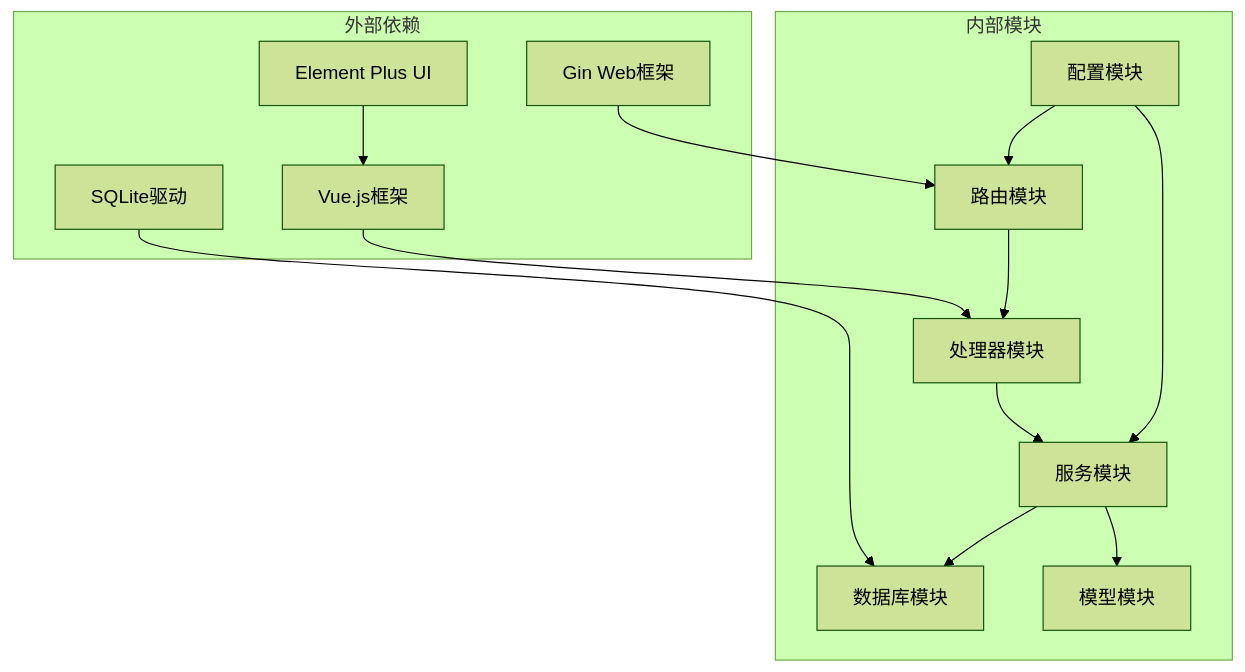
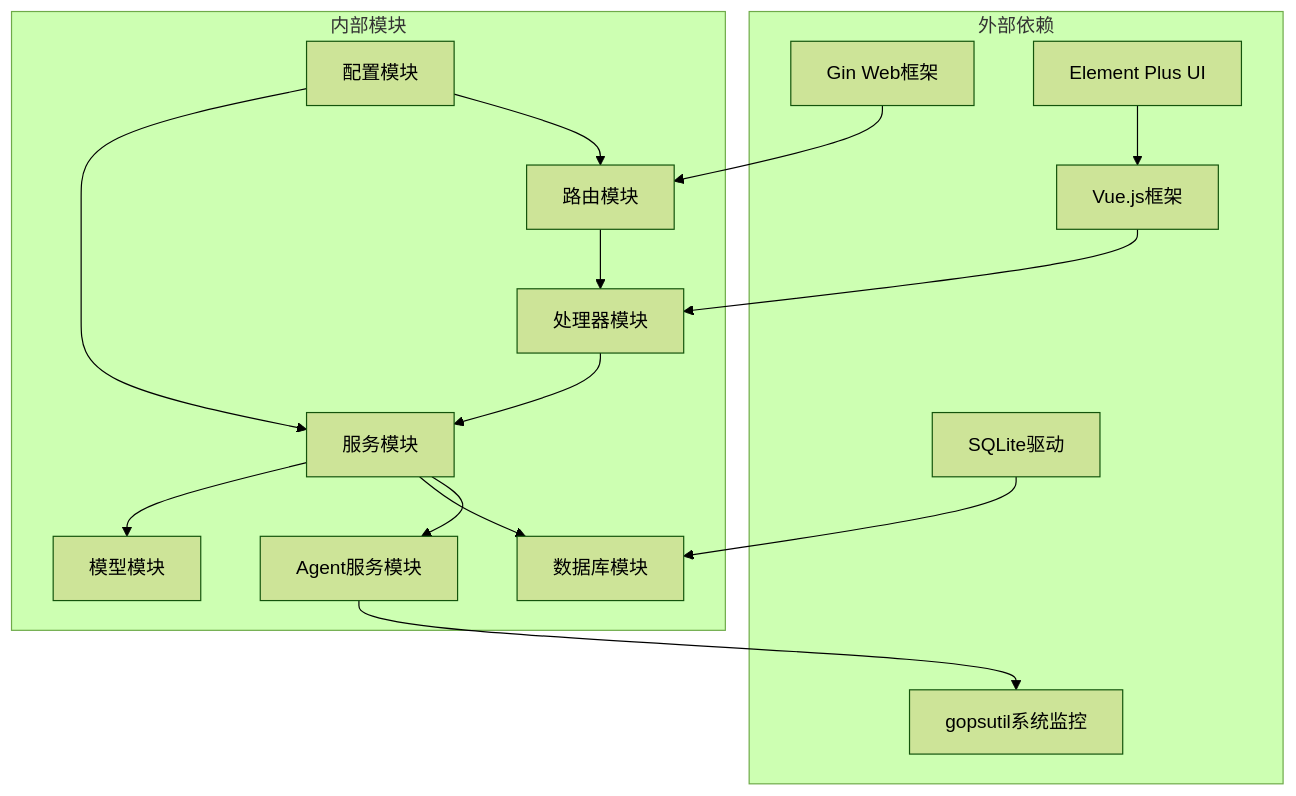
One commit to Liyuhao02/Jmeter-Admin changed diagram 13 of 15 in .qoder/repowiki/zh/content/核心业务模块/Slave节点管理系统/Slave节点管理系统.md. Above: the diagram before and after it, drawn with Mermaid (forest theme). The commit also changed other lines of this file and 13 other files, not shown here.

````diff
--- a/.qoder/repowiki/zh/content/核心业务模块/Slave节点管理系统/Slave节点管理系统.md
+++ b/.qoder/repowiki/zh/content/核心业务模块/Slave节点管理系统/Slave节点管理系统.md
@@ -410,27 +523,31 @@
 ```mermaid
 graph TB
 subgraph "外部依赖"
 A[Gin Web框架]
 B[SQLite驱动]
 C[Element Plus UI]
 D[Vue.js框架]
+E[gopsutil系统监控]
 end
 subgraph "内部模块"
-E[配置模块]
-F[数据库模块]
-G[路由模块]
-H[处理器模块]
-I[服务模块]
-J[模型模块]
+F[配置模块]
+G[数据库模块]
+H[路由模块]
+I[处理器模块]
+J[服务模块]
+K[模型模块]
+L[Agent服务模块]
 end
-A --> G
-B --> F
+A --> H
+B --> G
 C --> D
-D --> H
-G --> H
+D --> I
 H --> I
 I --> J
-I --> F
-E --> I
-E --> G
+J --> K
+J --> G
+J --> L
+F --> J
+F --> H
+L --> E
 ```
````
